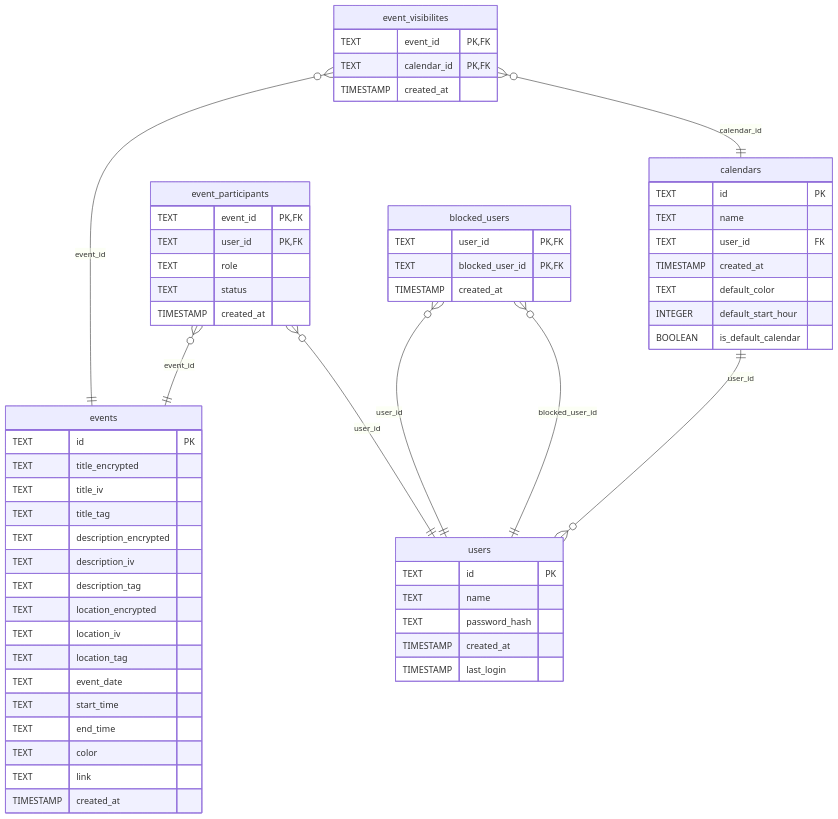
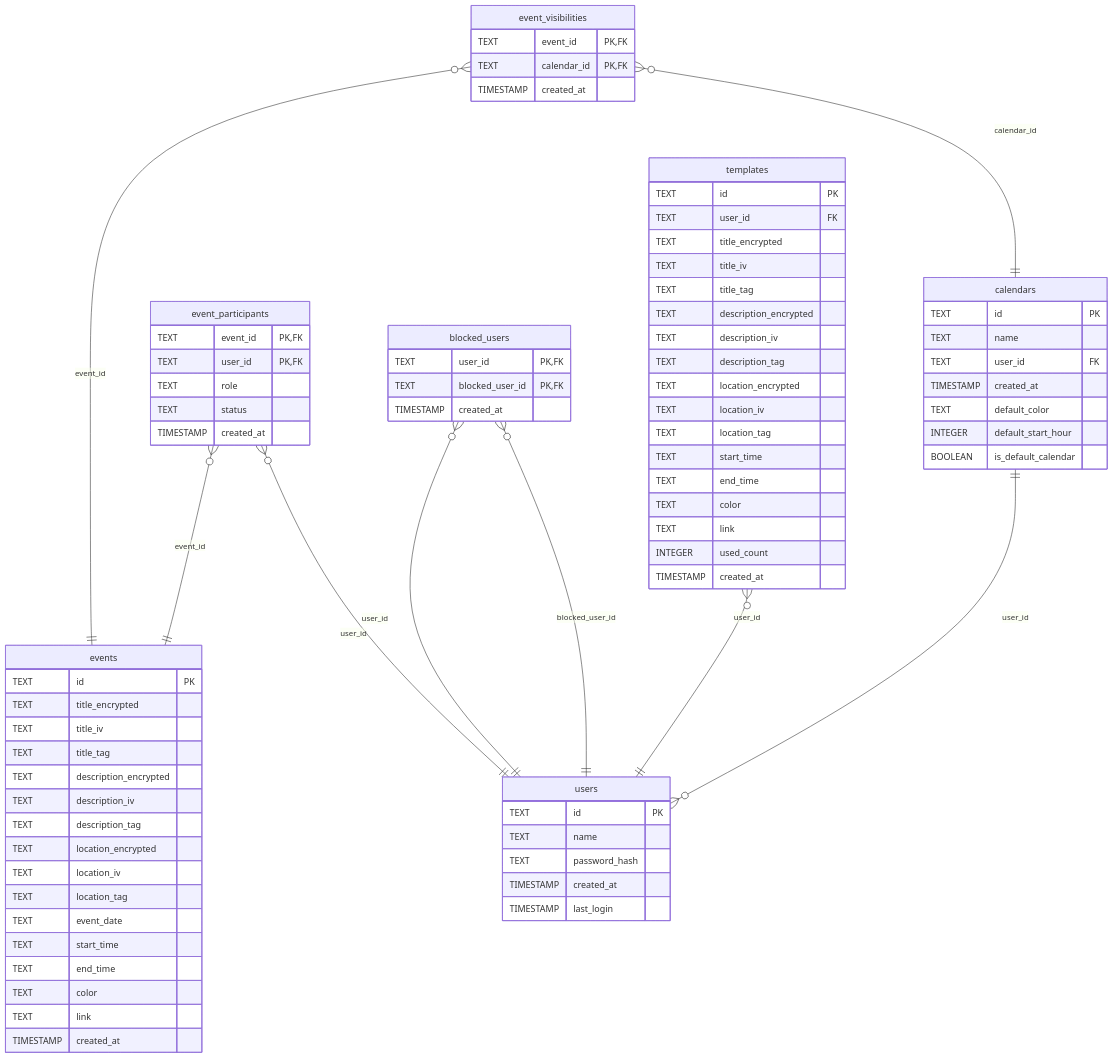
The diagram in DATABASE.md (ScriptRaccoon/svalendar), drawn with Mermaid before and after one commit.

Commit message:
update diagram

````diff
--- a/DATABASE.md
+++ b/DATABASE.md
@@ -1,61 +1,81 @@
 ```mermaid
 erDiagram
   users {
     TEXT id PK
     TEXT name
     TEXT password_hash
     TIMESTAMP created_at
     TIMESTAMP last_login
   }
   calendars {
     TEXT id PK
     TEXT name
     TEXT user_id FK
     TIMESTAMP created_at
     TEXT default_color
     INTEGER default_start_hour
     BOOLEAN is_default_calendar
   }
   calendars ||--o{ users : "user_id"
   events {
     TEXT id PK
     TEXT title_encrypted
     TEXT title_iv
     TEXT title_tag
     TEXT description_encrypted
     TEXT description_iv
     TEXT description_tag
     TEXT location_encrypted
     TEXT location_iv
     TEXT location_tag
     TEXT event_date
     TEXT start_time
     TEXT end_time
     TEXT color
     TEXT link
     TIMESTAMP created_at
   }
-  event_visibilites {
+  event_visibilities {
     TEXT event_id PK, FK
     TEXT calendar_id PK, FK
     TIMESTAMP created_at
   }
-  event_visibilites }o--|| events : "event_id"
-  event_visibilites }o--|| calendars : "calendar_id"
+  event_visibilities }o--|| events : "event_id"
+  event_visibilities }o--|| calendars : "calendar_id"
   event_participants {
     TEXT event_id PK, FK
     TEXT user_id PK, FK
     TEXT role
     TEXT status
     TIMESTAMP created_at
   }
   event_participants }o--|| events : "event_id"
   event_participants }o--|| users : "user_id"
   blocked_users {
     TEXT user_id PK, FK
     TEXT blocked_user_id PK, FK
     TIMESTAMP created_at
   }
   blocked_users }o--|| users : "user_id"
   blocked_users }o--|| users : "blocked_user_id"
+  templates {
+    TEXT id PK
+    TEXT user_id FK
+    TEXT title_encrypted
+    TEXT title_iv
+    TEXT title_tag
+    TEXT description_encrypted
+    TEXT description_iv
+    TEXT description_tag
+    TEXT location_encrypted
+    TEXT location_iv
+    TEXT location_tag
+    TEXT start_time
+    TEXT end_time
+    TEXT color
+    TEXT link
+    INTEGER used_count
+    TIMESTAMP created_at
+  }
+  templates }o--|| users : "user_id"
 ```
````
